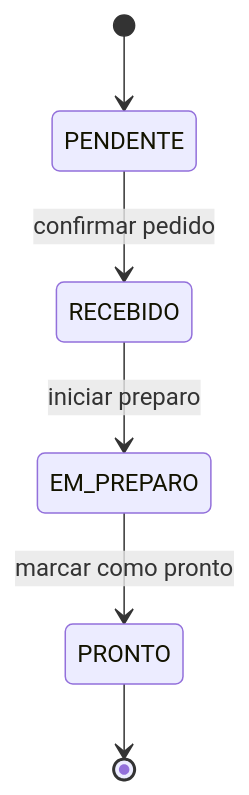
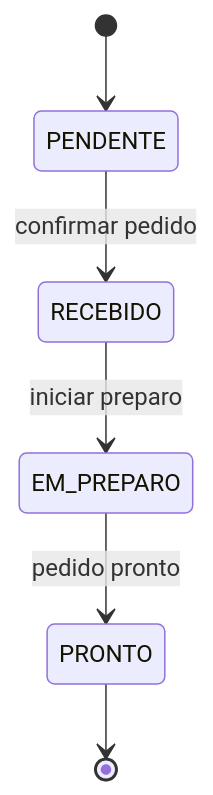
One commit to FelpsAfonsoJS/DonCabron changed the fourth of 5 diagrams in README.md. Above: the diagram before and after it, drawn with Mermaid. The commit also changed other lines of this file and 17 other files, not shown here.

````diff
--- a/README.md
+++ b/README.md
@@ -179,8 +337,8 @@
 ```mermaid
 stateDiagram-v2
     [*] --> PENDENTE
     PENDENTE --> RECEBIDO: confirmar pedido
     RECEBIDO --> EM_PREPARO: iniciar preparo
-    EM_PREPARO --> PRONTO: marcar como pronto
+    EM_PREPARO --> PRONTO: pedido pronto
     PRONTO --> [*]
 ```
````
